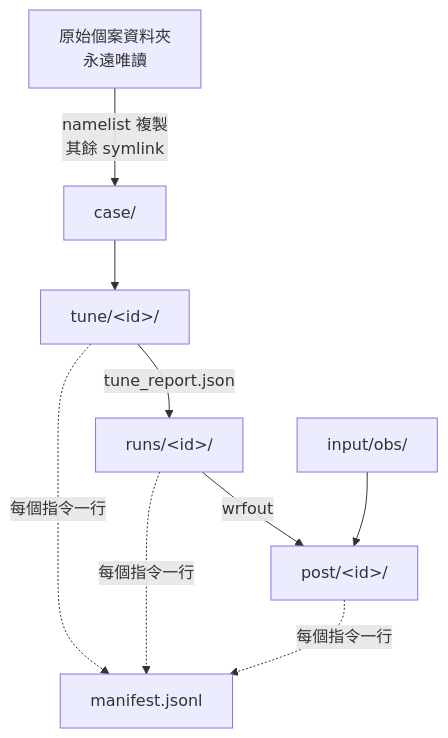
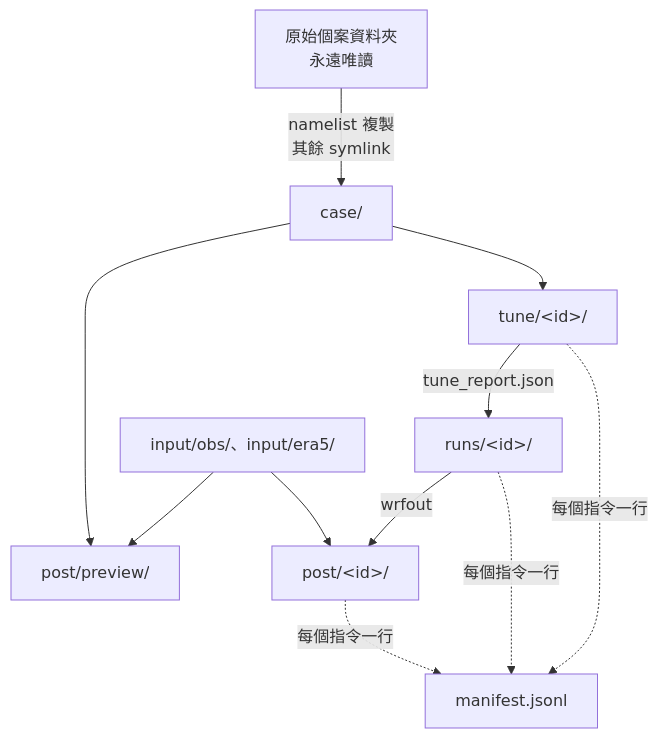
The first of 2 diagrams in docs/tutorial/project.md (Noodle4219005/wtune), drawn with Mermaid before and after one commit. The commit also changed other lines of this file and 4 other files, not shown here.

````diff
--- a/docs/tutorial/project.md
+++ b/docs/tutorial/project.md
@@ -25,9 +43,11 @@
 ```mermaid
 flowchart TD
     SRC[原始個案資料夾<br/>永遠唯讀] -->|namelist 複製<br/>其餘 symlink| CASE[case/]
+    CASE --> PRE[post/preview/]
     CASE --> TUNE[tune/&lt;id&gt;/]
     TUNE -->|tune_report.json| RUNS[runs/&lt;id&gt;/]
     RUNS -->|wrfout| POST[post/&lt;id&gt;/]
-    INPUT[input/obs/] --> POST
+    INPUT[input/obs/、input/era5/] --> PRE
+    INPUT --> POST
     TUNE & RUNS & POST -.->|每個指令一行| MAN[manifest.jsonl]
 ```
````
